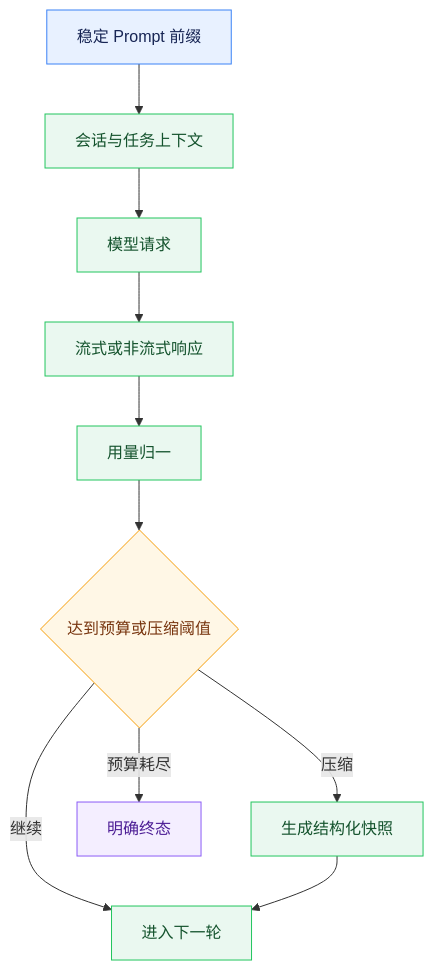
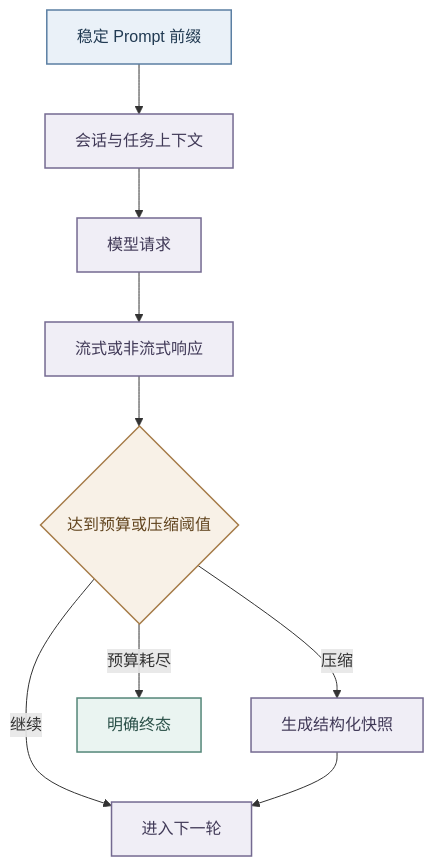
Before and after one commit to Logistic98/job-buddy: the diagram in agent-doc/核心能力/模型接入与上下文治理.md, drawn with Mermaid. The commit also changed other lines of this file and 32 other files, not shown here.

Commit message:
docs: align engine context and diagram guidance

````diff
--- a/agent-doc/核心能力/模型接入与上下文治理.md
+++ b/agent-doc/核心能力/模型接入与上下文治理.md
@@ -25,21 +41,20 @@
 ```mermaid
 graph TD
     A[稳定 Prompt 前缀] --> B[会话与任务上下文]
     B --> C[模型请求]
     C --> D[流式或非流式响应]
-    D --> E[用量归一]
-    E --> F{达到预算或压缩阈值}
+    D --> F{达到预算或压缩阈值}
     F -->|继续| I[进入下一轮]
     F -->|压缩| G[生成结构化快照]
     G --> I
     F -->|预算耗尽| H[明确终态]
 
-    classDef stable fill:#E8F1FF,stroke:#3B82F6,color:#172554;
-    classDef process fill:#EAF8F0,stroke:#22C55E,color:#14532D;
-    classDef decision fill:#FFF7E6,stroke:#F59E0B,color:#78350F;
-    classDef terminal fill:#F4EEFF,stroke:#8B5CF6,color:#4C1D95;
+    classDef stable fill:#EAF1F8,stroke:#5B7FA3,color:#213A52,stroke-width:1.5px;
+    classDef process fill:#F0EEF6,stroke:#746A91,color:#403957,stroke-width:1.5px;
+    classDef decision fill:#F8F1E7,stroke:#A67C48,color:#62451F,stroke-width:1.5px;
+    classDef terminal fill:#EAF4F1,stroke:#548678,color:#294F47,stroke-width:1.5px;
     class A stable;
-    class B,C,D,E,G,I process;
+    class B,C,D,G,I process;
     class F decision;
     class H terminal;
 ```
````
